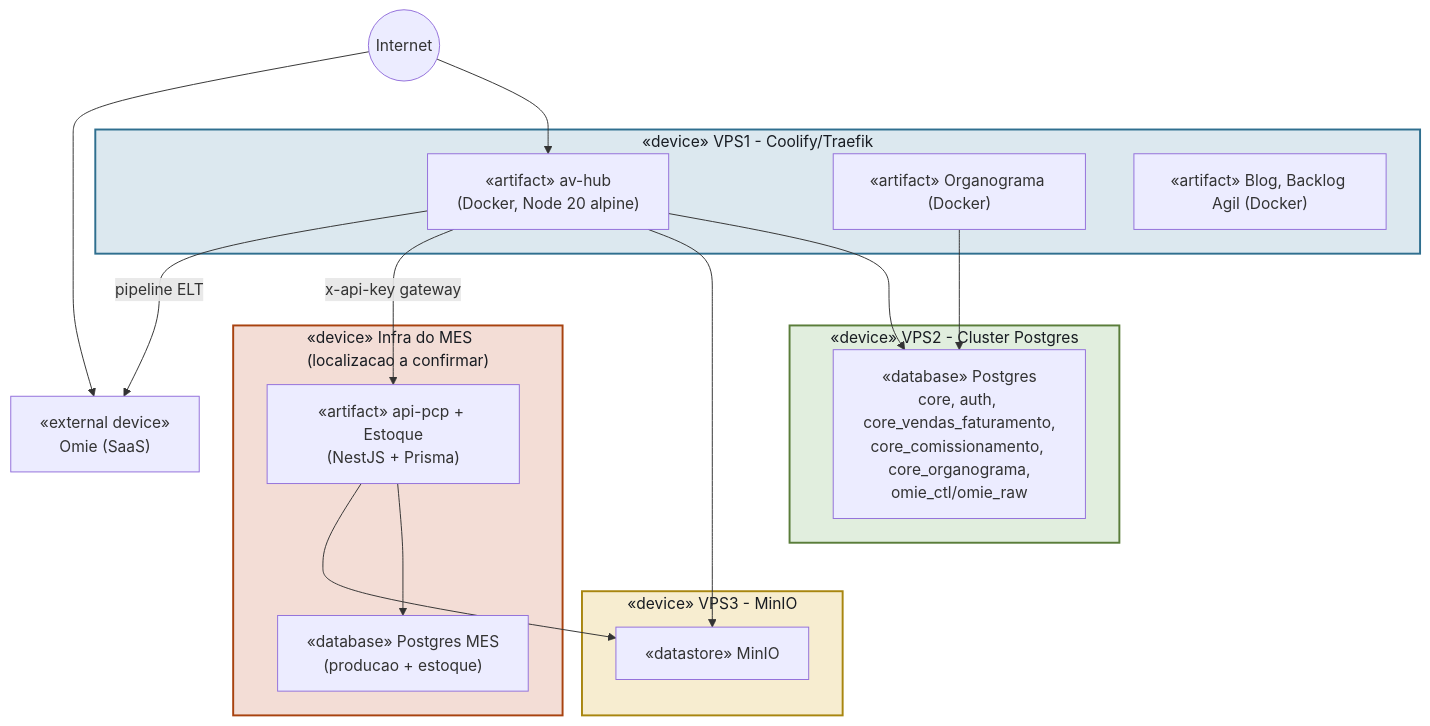
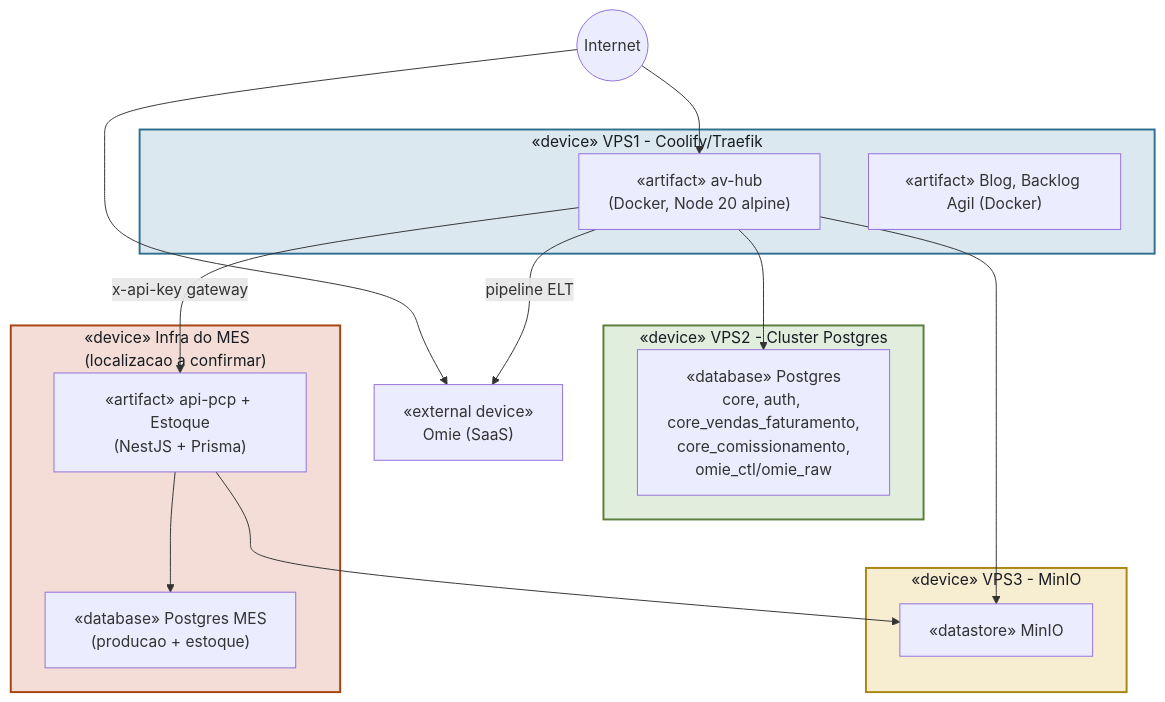
Before and after one commit to Acosvital/vault-avhub-mer: diagram 16 of 28 in 04-Arquitetura-Transversal/Diagramas-UML.md, drawn with Mermaid. The commit also changed other lines of this file and 23 other files, not shown here.

````diff
--- a/04-Arquitetura-Transversal/Diagramas-UML.md
+++ b/04-Arquitetura-Transversal/Diagramas-UML.md
@@ -707,35 +935,33 @@
 ```mermaid
 flowchart TB
     subgraph VPS1["«device» VPS1 - Coolify/Traefik"]
         AVHUBC["«artifact» av-hub<br/>(Docker, Node 20 alpine)"]
-        ORGC["«artifact» Organograma (Docker)"]
         BLOGC["«artifact» Blog, Backlog Agil (Docker)"]
     end
     subgraph VPS2["«device» VPS2 - Cluster Postgres"]
-        PG["«database» Postgres<br/>core, auth, core_vendas_faturamento,<br/>core_comissionamento, core_organograma,<br/>omie_ctl/omie_raw"]
+        PG["«database» Postgres<br/>core, auth, core_vendas_faturamento,<br/>core_comissionamento,<br/>omie_ctl/omie_raw"]
     end
     subgraph VPS3["«device» VPS3 - MinIO"]
         MINIOD["«datastore» MinIO"]
     end
     subgraph VPSMES["«device» Infra do MES<br/>(localizacao a confirmar)"]
         MESAPPD["«artifact» api-pcp + Estoque<br/>(NestJS + Prisma)"]
         PGMESD["«database» Postgres MES<br/>(producao + estoque)"]
     end
     INTERNET(("Internet"))
     OMIED["«external device»<br/>Omie (SaaS)"]
 
     AVHUBC --> PG
     AVHUBC --> MINIOD
-    ORGC --> PG
     MESAPPD --> PGMESD
     MESAPPD --> MINIOD
     AVHUBC -->|x-api-key gateway| MESAPPD
     INTERNET --> AVHUBC
     INTERNET --> OMIED
     AVHUBC -->|pipeline ELT| OMIED
 
     style VPS1 fill:#dce8ef,stroke:#2f6f8f,stroke-width:2px,color:#181c22
     style VPS2 fill:#e1eede,stroke:#5a7d3a,stroke-width:2px,color:#181c22
     style VPS3 fill:#f7edd0,stroke:#a8860f,stroke-width:2px,color:#181c22
     style VPSMES fill:#f3ddd6,stroke:#a8420f,stroke-width:2px,color:#181c22
 ```
````
